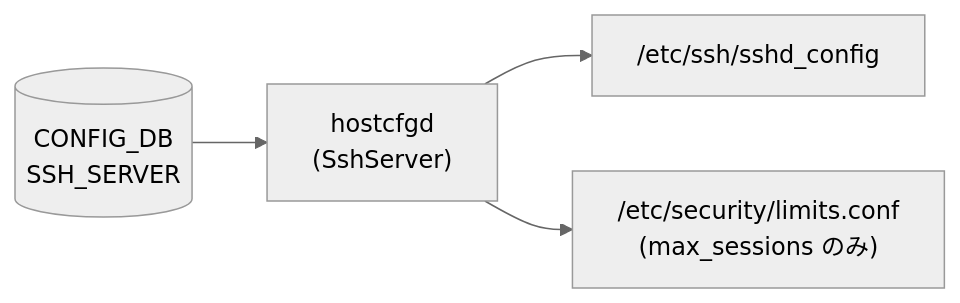
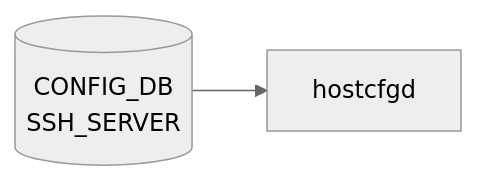
The diagram in docs/reference/config-db/ssh-config.md (aoki-taquan/sonic-unofficial-docs), drawn with Mermaid (neutral theme) before and after one commit. The commit also changed other lines of this file and 359 other files, not shown here.

````diff
--- a/docs/reference/config-db/ssh-config.md
+++ b/docs/reference/config-db/ssh-config.md
@@ -32,10 +32,6 @@
 ```mermaid
 flowchart LR
   CDB[("CONFIG_DB<br/>SSH_SERVER")]
-  DM["hostcfgd<br/>(SshServer)"]
-  SSHD["/etc/ssh/sshd_config"]
-  PAM["/etc/security/limits.conf<br/>(max_sessions のみ)"]
+  DM["hostcfgd"]
   CDB --> DM
-  DM --> SSHD
-  DM --> PAM
 ```
````
